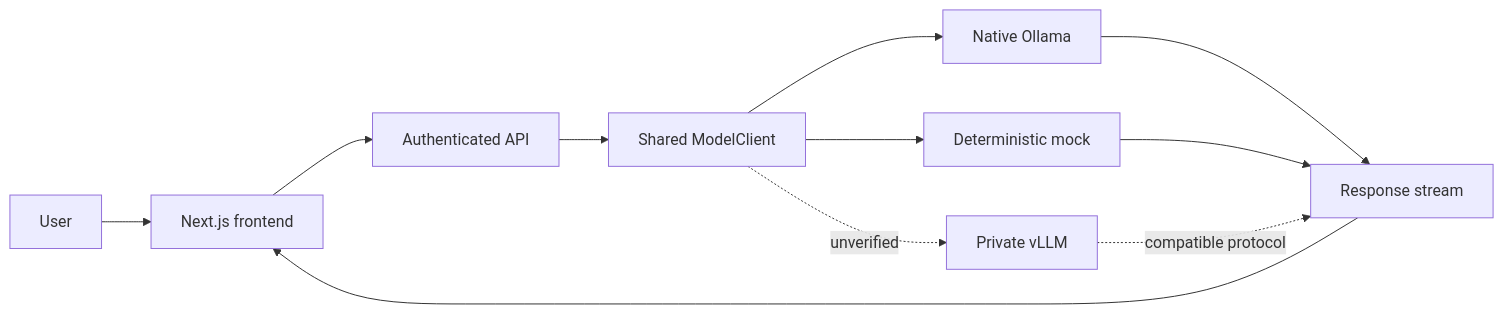
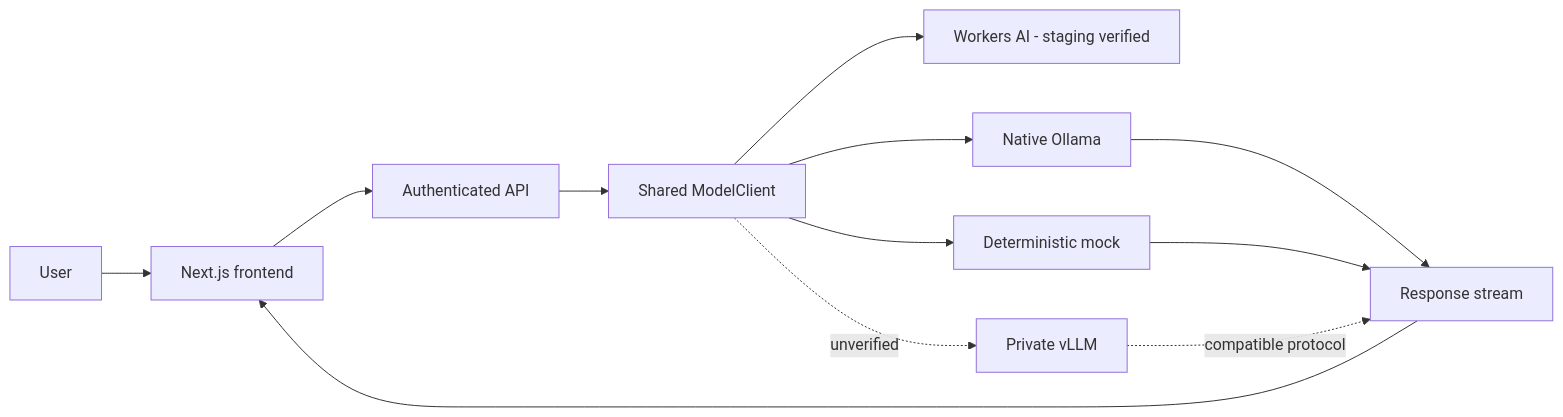
One commit to DruHustle/onesa-ai-platform changed the diagram in docs/diagrams/inference.mmd. Above: the diagram before and after it, drawn with Mermaid. The commit also changed 88 other files, not shown here.

Commit message:
Add visual engineering onboarding and current deployment architecture

```diff
--- a/docs/diagrams/inference.mmd
+++ b/docs/diagrams/inference.mmd
@@ -1,11 +1,12 @@
 flowchart LR
   User[User] --> Web[Next.js frontend]
   Web --> API[Authenticated API]
   API --> Adapter[Shared ModelClient]
-  Adapter --> Ollama[Native Ollama]
+  Adapter --> CF[Workers AI - staging verified]
+Adapter --> Ollama[Native Ollama]
   Adapter --> Mock[Deterministic mock]
   Adapter -. unverified .-> VLLM[Private vLLM]
   Ollama --> Stream[Response stream]
   Mock --> Stream
   VLLM -. compatible protocol .-> Stream
   Stream --> Web
```
